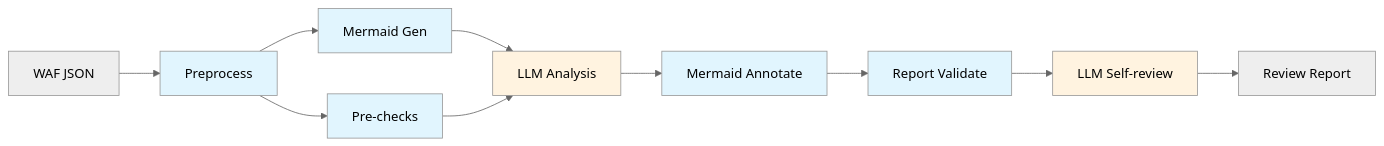
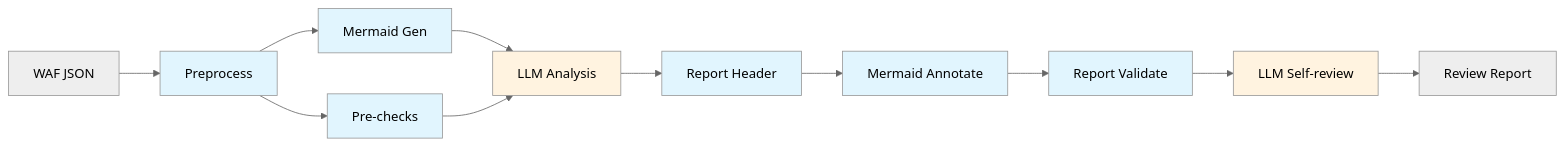
One commit to chenghit/aws-waf-rules-reviewer changed the diagram in README_EN.md. Above: the diagram before and after it, drawn with Mermaid (neutral theme). The commit also changed other lines of this file and 2 other files, not shown here.

First line of the commit message:
docs: add report header step to pipeline diagram + supported models section

````diff
--- a/README_EN.md
+++ b/README_EN.md
@@ -9,20 +9,22 @@
 ```mermaid
 flowchart LR
     A["WAF JSON"] --> B["Preprocess"]
     B --> C["Mermaid Gen"]
     B --> D["Pre-checks"]
     C --> E["LLM Analysis"]
     D --> E
-    E --> F["Mermaid Annotate"]
+    E --> E2["Report Header"]
+    E2 --> F["Mermaid Annotate"]
     F --> G["Report Validate"]
     G --> H["LLM Self-review"]
     H --> I["Review Report"]
 
     style B fill:#e1f5fe
     style C fill:#e1f5fe
     style D fill:#e1f5fe
+    style E2 fill:#e1f5fe
     style F fill:#e1f5fe
     style G fill:#e1f5fe
     style E fill:#fff3e0
     style H fill:#fff3e0
 ```
````
